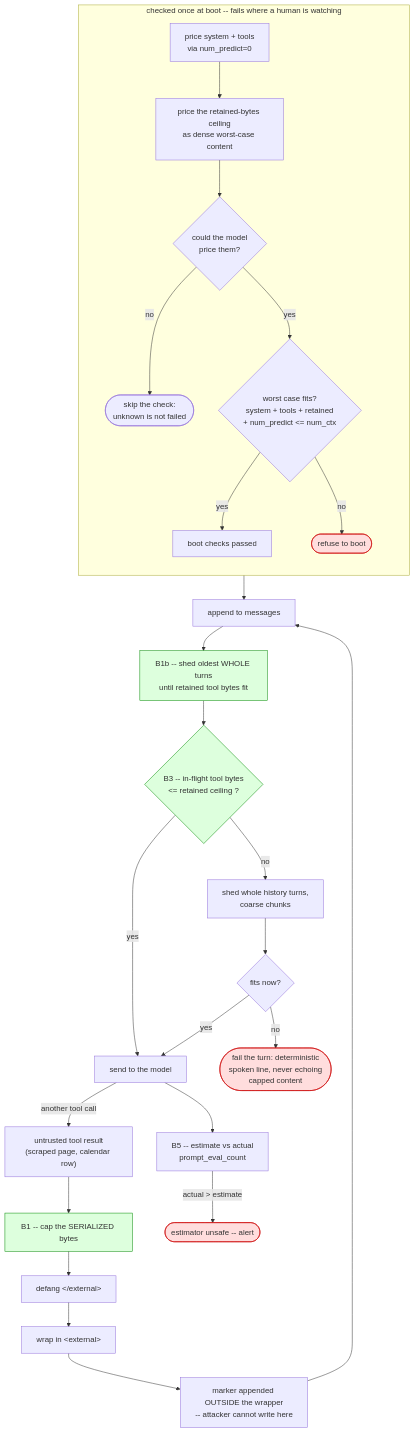
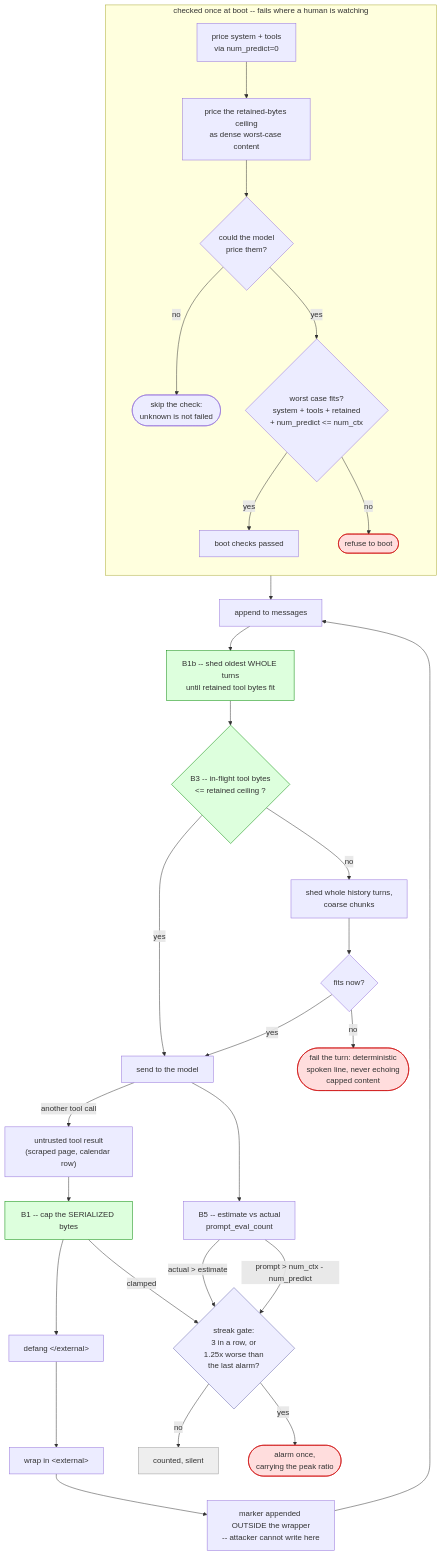
Before and after one commit to Qcko/Glados: the diagram in DESIGN-context-flooding.md, drawn with Mermaid. The commit also changed other lines of this file and 9 other files, not shown here.

````diff
--- a/DESIGN-context-flooding.md
+++ b/DESIGN-context-flooding.md
@@ -116,43 +116,49 @@
 ```mermaid
 flowchart TD
     R["untrusted tool result<br/>(scraped page, calendar row)"]
     R --> C["B1 -- cap the SERIALIZED bytes"]
     C --> D["defang &lt;/external&gt;"]
     D --> W["wrap in &lt;external&gt;"]
     W --> M["marker appended OUTSIDE the wrapper<br/>-- attacker cannot write here"]
     M --> H["append to messages"]
     H --> HB["B1b -- shed oldest WHOLE turns<br/>until retained tool bytes fit"]
     HB --> B{"B3 -- in-flight tool bytes<br/>&lt;= retained ceiling ?"}
     B -- yes --> S["send to the model"]
     B -- no --> SH["shed whole history turns,<br/>coarse chunks"]
     SH --> B2{"fits now?"}
     B2 -- yes --> S
     B2 -- no --> F(["fail the turn: deterministic<br/>spoken line, never echoing<br/>capped content"])
     S -- "another tool call" --> R
     S --> A["B5 -- estimate vs actual<br/>prompt_eval_count"]
-    A -- "actual &gt; estimate" --> AL(["estimator unsafe -- alert"])
+    A -- "actual &gt; estimate" --> G{"streak gate:<br/>3 in a row, or<br/>1.25x worse than<br/>the last alarm?"}
+    C -- "clamped" --> G
+    A -- "prompt &gt; num_ctx - num_predict" --> G
+    G -- no --> Q["counted, silent"]
+    G -- yes --> AL(["alarm once,<br/>carrying the peak ratio"])
 
     BOOTOK["boot checks passed"] --> H
 
     subgraph boot["checked once at boot -- fails where a human is watching"]
         direction TB
         T1["price system + tools<br/>via num_predict=0"]
         T2["price the retained-bytes ceiling<br/>as dense worst-case content"]
         T3{"could the model<br/>price them?"}
         T4{"worst case fits?<br/>system + tools + retained<br/>+ num_predict &lt;= num_ctx"}
         T5(["refuse to boot"])
         T6(["skip the check:<br/>unknown is not failed"])
         T1 --> T2 --> T3
         T3 -- no --> T6
         T3 -- yes --> T4
         T4 -- no --> T5
         T4 -- yes --> BOOTOK
     end
 
     style T5 fill:#fdd,stroke:#c00
     style F fill:#fdd,stroke:#c00
     style AL fill:#fdd,stroke:#c00
+    style G fill:#eef,stroke:#66a
+    style Q fill:#eee,stroke:#999
     style C fill:#dfd,stroke:#080
     style HB fill:#dfd,stroke:#080
     style B fill:#dfd,stroke:#080
 ```
````
